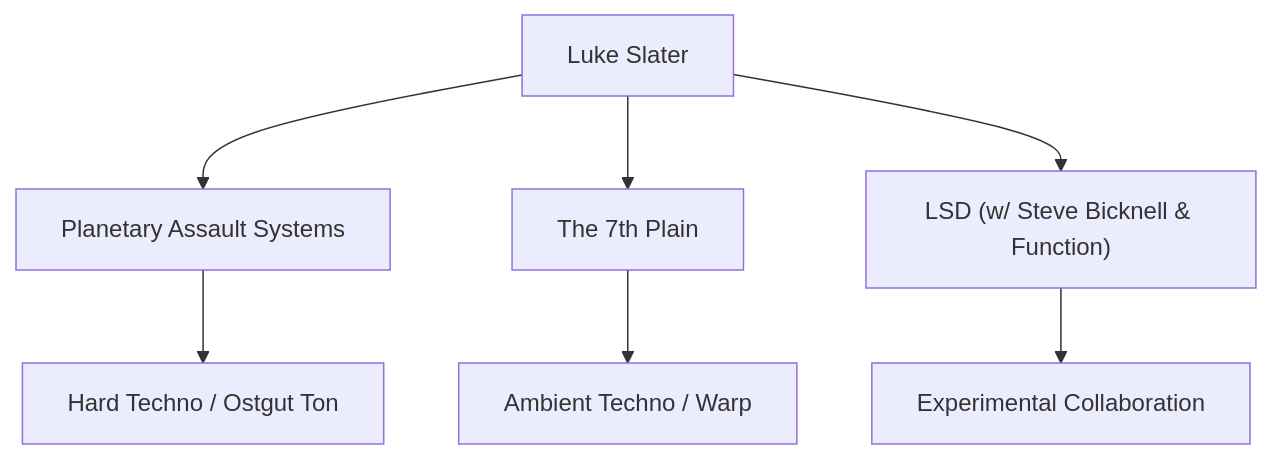
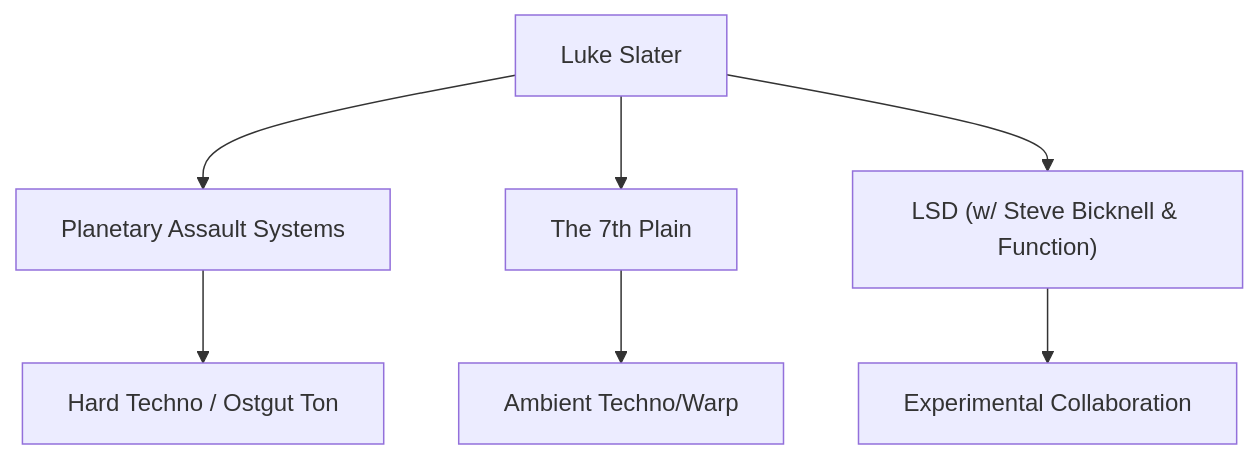
One commit to monumental-movement/monumental-movement.github.io changed the diagram in en/_posts/2025-10-04-Column-Luke-Slater.md. Above: the diagram before and after it, drawn with Mermaid. The commit also changed other lines of this file and 1631 other files, not shown here.

```diff
--- a/en/_posts/2025-10-04-Column-Luke-Slater.md
+++ b/en/_posts/2025-10-04-Column-Luke-Slater.md
@@ -52,12 +52,11 @@
 <div class="mermaid">
 
 flowchart TD
     A["Luke Slater"] --> B["Planetary Assault Systems"]
     A --> C["The 7th Plain"]
     A --> D["LSD (w/ Steve Bicknell & Function)"]
     B --> E["Hard Techno / Ostgut Ton"]
-    C --> F["Ambient Techno / Warp"]
+    C --> F["Ambient Techno/Warp"]
     D --> G["Experimental Collaboration"]
 
-
 </div>
```
